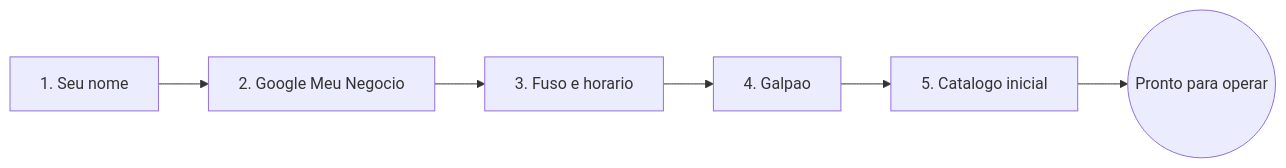
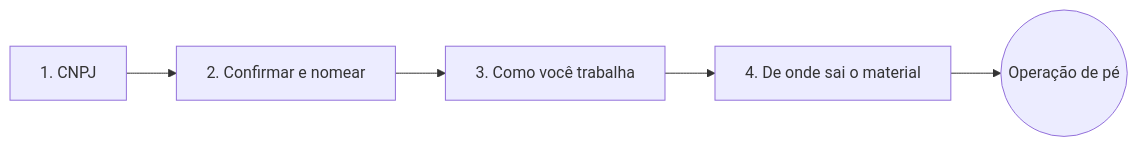
One commit to LocFlowTeam/locflow-docs changed the diagram in primeiros-passos/setup-passo-a-passo.md. Above: the diagram before and after it, drawn with Mermaid. The commit also changed other lines of this file and 19 other files, not shown here.

````diff
--- a/primeiros-passos/setup-passo-a-passo.md
+++ b/primeiros-passos/setup-passo-a-passo.md
@@ -20,8 +20,7 @@
 ```mermaid
 flowchart LR
-    A[1. Seu nome] --> B[2. Google Meu Negocio]
-    B --> C[3. Fuso e horario]
-    C --> D[4. Galpao]
-    D --> E[5. Catalogo inicial]
-    E --> F((Pronto para operar))
+    A[1. CNPJ] --> B[2. Confirmar e nomear]
+    B --> C[3. Como você trabalha]
+    C --> D[4. De onde sai o material]
+    D --> E((Operação de pé))
 ```
````
